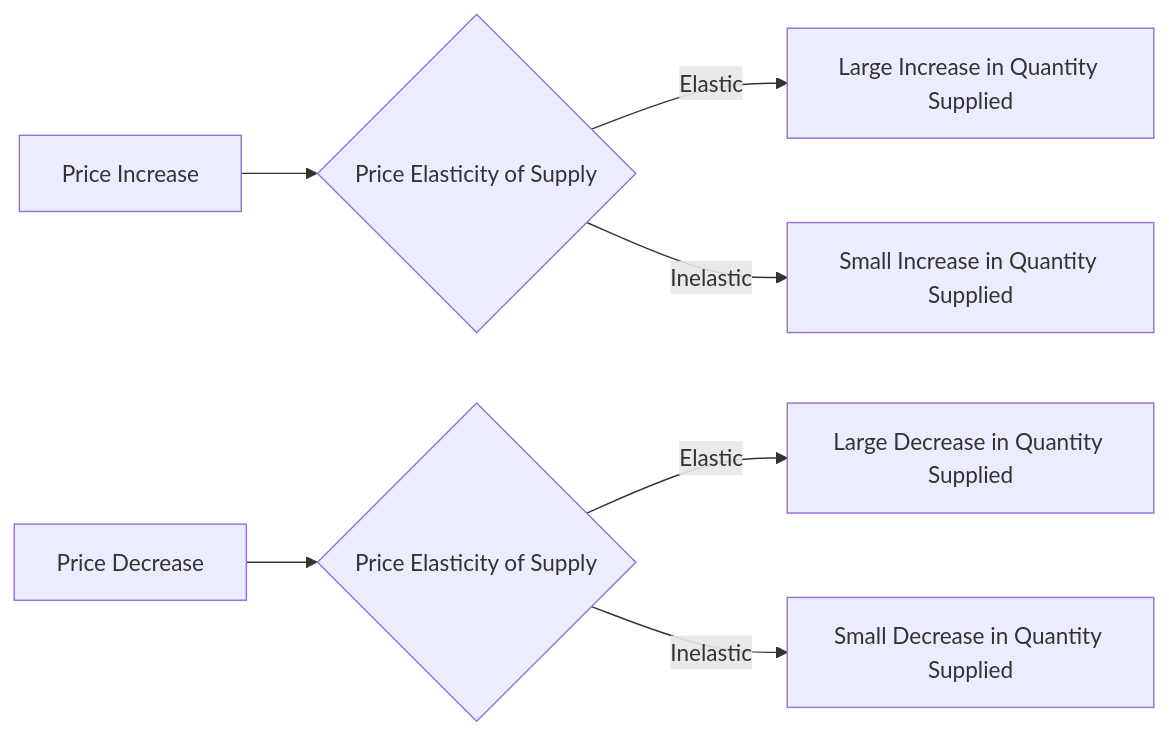
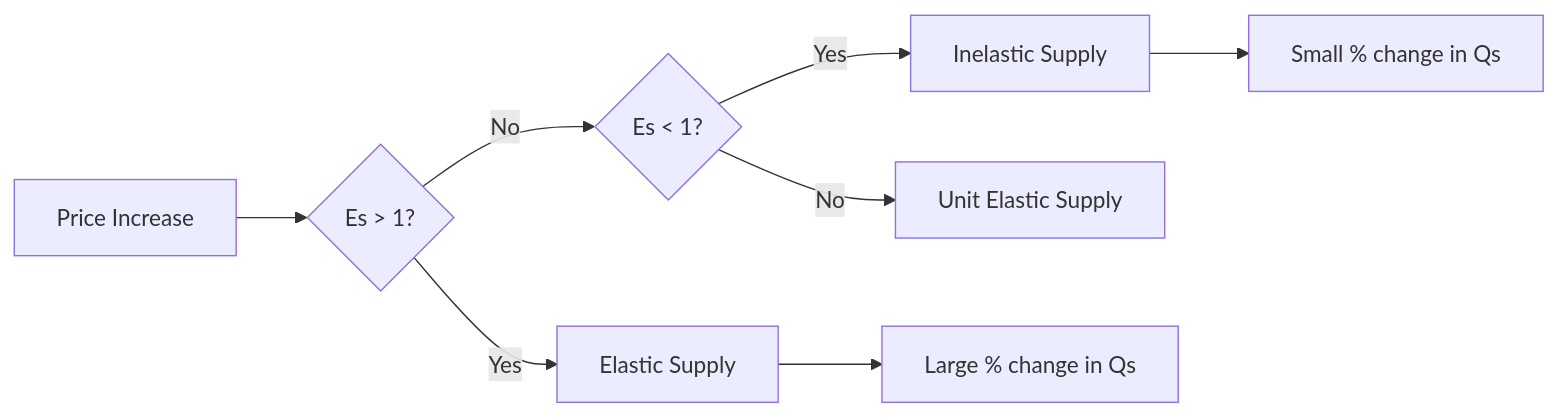
One commit to DagimAlemayehuu/Ater changed the diagram in Obsidian_Vault/2-Academic/Winter 2026/Economics/2_Theory_Of_Demand_And_Supply/Price_Elasticity_Of_Supply.md. Above: the diagram before and after it, drawn with Mermaid. The commit also changed other lines of this file and 39 other files, not shown here.

````diff
--- a/Obsidian_Vault/2-Academic/Winter 2026/Economics/2_Theory_Of_Demand_And_Supply/Price_Elasticity_Of_Supply.md
+++ b/Obsidian_Vault/2-Academic/Winter 2026/Economics/2_Theory_Of_Demand_And_Supply/Price_Elasticity_Of_Supply.md
@@ -35,11 +34,12 @@
 ```mermaid
 
 graph LR
-    A[Price Increase] --> B{Price Elasticity of Supply}
-    B -->|Elastic| C[Large Increase in Quantity Supplied]
-    B -->|Inelastic| D[Small Increase in Quantity Supplied]
-    E[Price Decrease] --> F{Price Elasticity of Supply}
-    F -->|Elastic| G[Large Decrease in Quantity Supplied]
-    F -->|Inelastic| H[Small Decrease in Quantity Supplied]
+    A[Price Increase] --> B{Es > 1?}
+    B -->|Yes| C[Elastic Supply]
+    B -->|No| D{Es < 1?}
+    D -->|Yes| E[Inelastic Supply]
+    D -->|No| F[Unit Elastic Supply]
+    C --> G[Large % change in Qs]
+    E --> H[Small % change in Qs]
 
 ```
````
